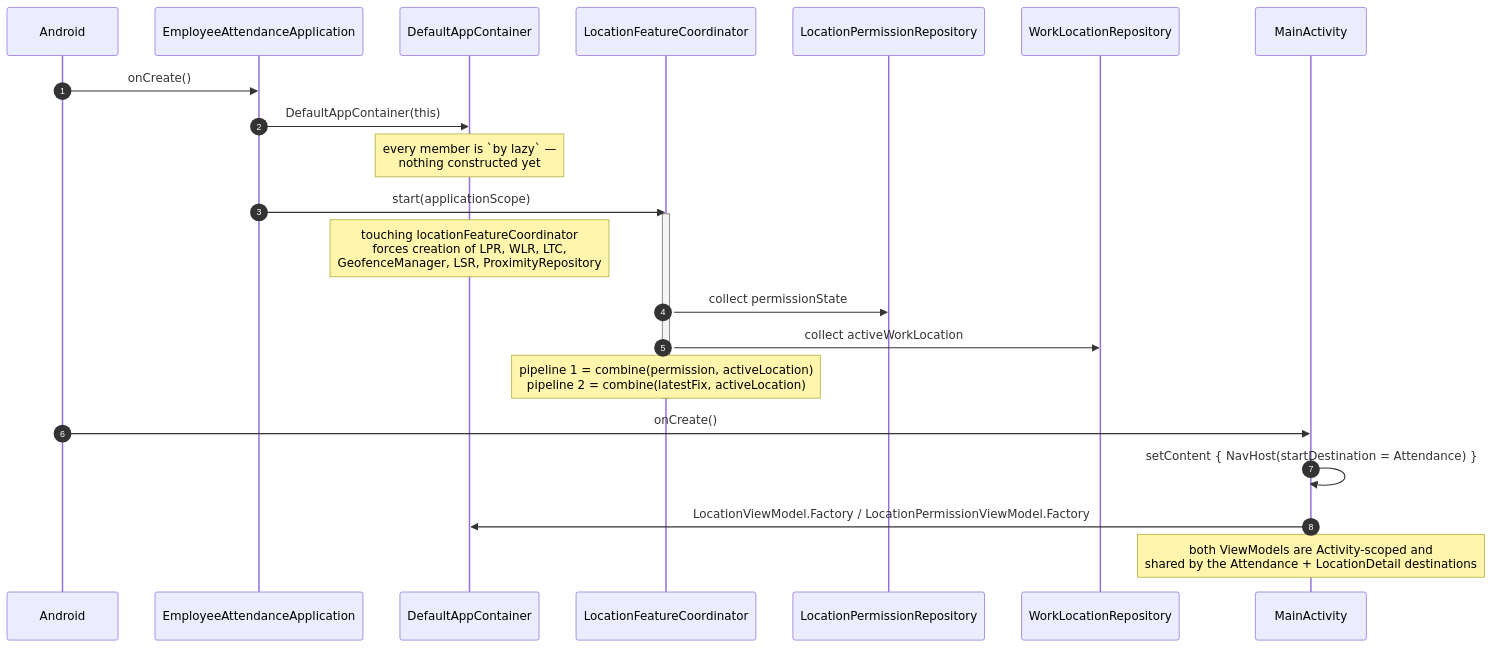
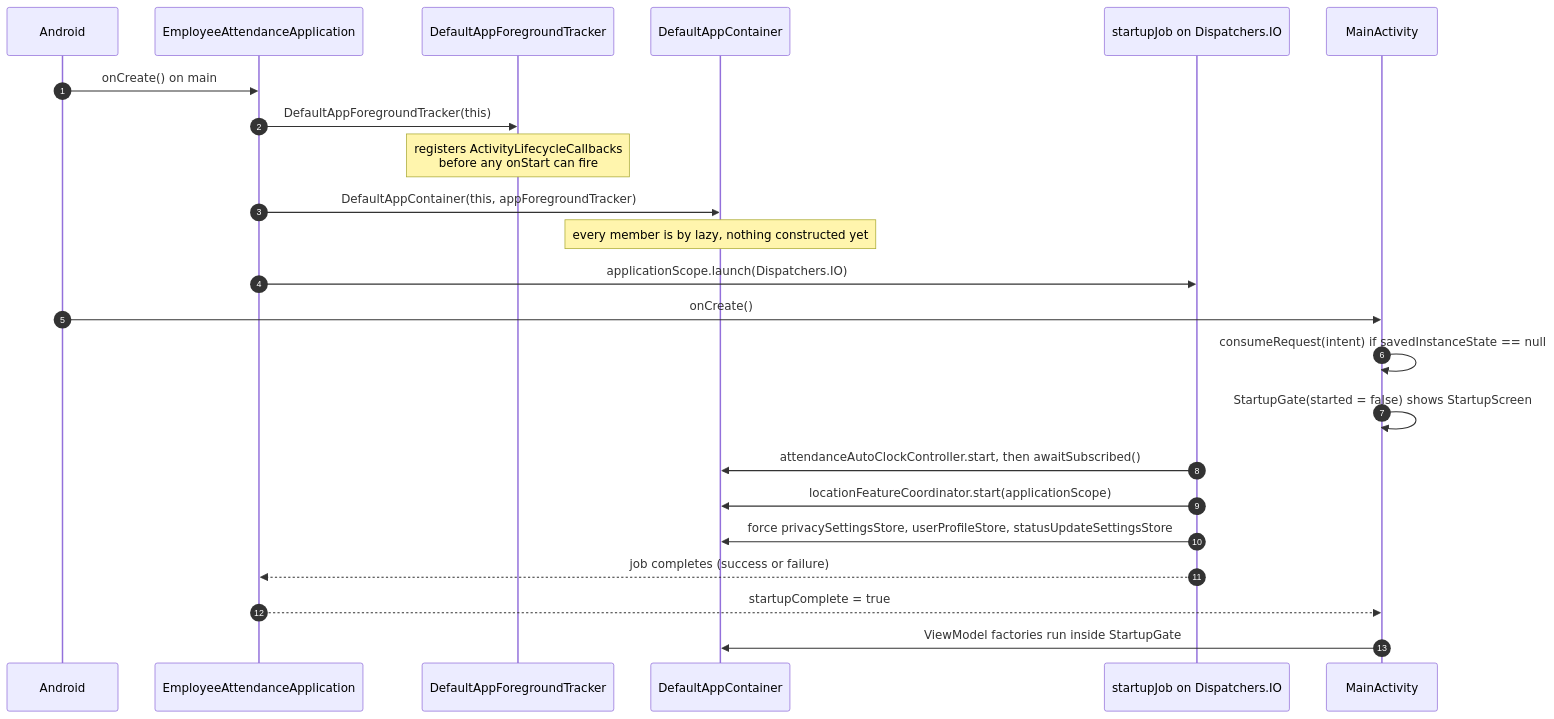
The first of 11 diagrams in docs/architecture/sequence-diagrams.md (jaustinjr-code/employee-attendance-android), drawn with Mermaid before and after one commit. The commit also changed other lines of this file and 53 other files, not shown here.

First line of the commit message:
Add Status Update prompt after every clock-out

````diff
--- a/docs/architecture/sequence-diagrams.md
+++ b/docs/architecture/sequence-diagrams.md
@@ -13,27 +13,26 @@
 ```mermaid
 sequenceDiagram
     autonumber
     participant OS as Android
     participant App as EmployeeAttendanceApplication
+    participant AFT as DefaultAppForegroundTracker
     participant C as DefaultAppContainer
-    participant LFC as LocationFeatureCoordinator
-    participant LPR as LocationPermissionRepository
-    participant WLR as WorkLocationRepository
+    participant IO as startupJob on Dispatchers.IO
     participant MA as MainActivity
 
-    OS->>App: onCreate()
-    App->>C: DefaultAppContainer(this)
-    Note over C: every member is `by lazy` —<br/>nothing constructed yet
-    App->>LFC: start(applicationScope)
-    activate LFC
-    Note over C: touching locationFeatureCoordinator<br/>forces creation of LPR, WLR, LTC,<br/>GeofenceManager, LSR, ProximityRepository
-    LFC->>LPR: collect permissionState
-    LFC->>WLR: collect activeWorkLocation
-    Note over LFC: pipeline 1 = combine(permission, activeLocation)<br/>pipeline 2 = combine(latestFix, activeLocation)
-    deactivate LFC
-
+    OS->>App: onCreate() on main
+    App->>AFT: DefaultAppForegroundTracker(this)
+    Note over AFT: registers ActivityLifecycleCallbacks<br/>before any onStart can fire
+    App->>C: DefaultAppContainer(this, appForegroundTracker)
+    Note over C: every member is by lazy, nothing constructed yet
+    App->>IO: applicationScope.launch(Dispatchers.IO)
     OS->>MA: onCreate()
-    MA->>MA: setContent { NavHost(startDestination = Attendance) }
-    MA->>C: LocationViewModel.Factory / LocationPermissionViewModel.Factory
-    Note over MA: both ViewModels are Activity-scoped and<br/>shared by the Attendance + LocationDetail destinations
+    MA->>MA: consumeRequest(intent) if savedInstanceState == null
+    MA->>MA: StartupGate(started = false) shows StartupScreen
+    IO->>C: attendanceAutoClockController.start, then awaitSubscribed()
+    IO->>C: locationFeatureCoordinator.start(applicationScope)
+    IO->>C: force privacySettingsStore, userProfileStore, statusUpdateSettingsStore
+    IO-->>App: job completes (success or failure)
+    App-->>MA: startupComplete = true
+    MA->>C: ViewModel factories run inside StartupGate
 ```
````
